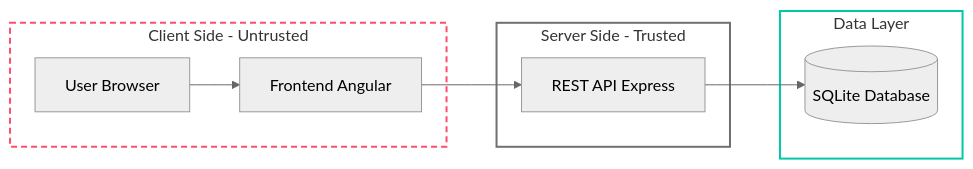
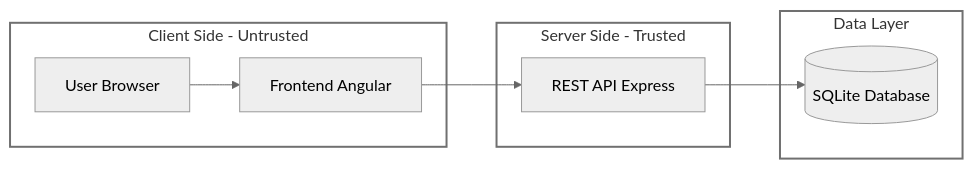
Before and after one commit to ZanAJA/PAW: the diagram in Mermaid.md, drawn with Mermaid (neutral theme).

````diff
--- a/Mermaid.md
+++ b/Mermaid.md
@@ -1,24 +1,24 @@
 ```mermaid
 flowchart LR
 
     subgraph CLIENT["Client Side - Untrusted"]
         U[User Browser]
         F[Frontend Angular]
         U --> F
     end
 
     subgraph SERVER["Server Side - Trusted"]
         A[REST API Express]
     end
 
     subgraph DATA["Data Layer"]
         D[(SQLite Database)]
     end
 
     F --> A
     A --> D
 
-    style CLIENT fill:none,stroke:#ff4d6d,stroke-width:2px,stroke-dasharray:6 4
+    style CLIENT fill:none,stroke-width:2px
     style SERVER fill:none,stroke-width:2px
-    style DATA fill:none,stroke:#00c9a7,stroke-width:2px
+    style DATA fill:none,stroke-width:2px
 ```
````
